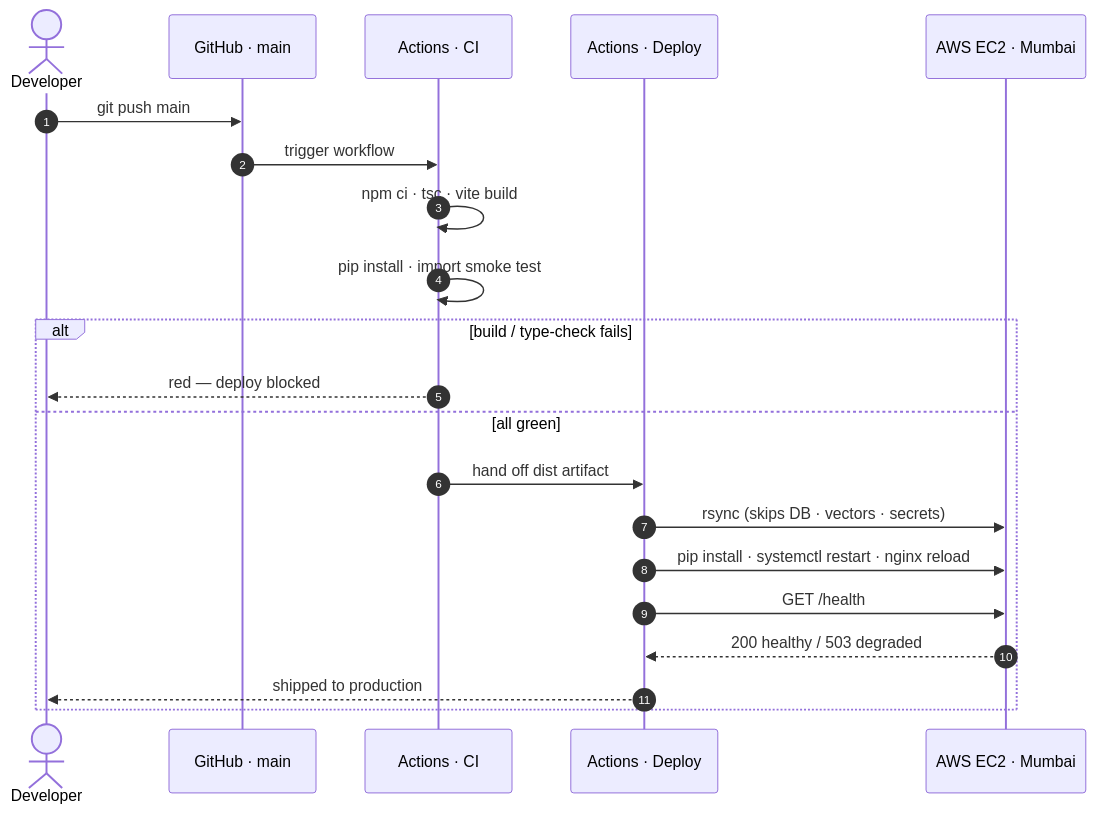
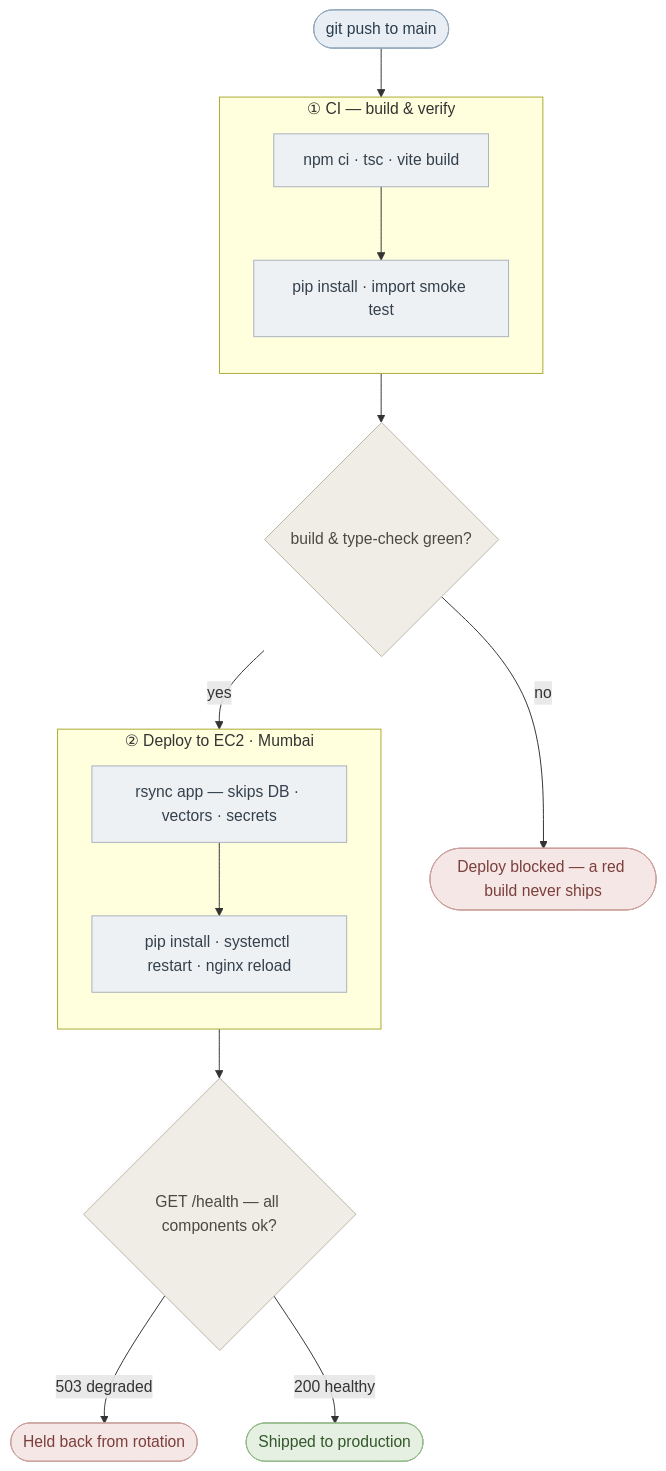
One commit to ShivaSanthoshP/JatayuS5-TankBusters changed the fourth of 4 diagrams in README.md. Above: the diagram before and after it, drawn with Mermaid. The commit also changed other lines of this file, not shown here.

First line of the commit message:
docs(readme): align to Use Case 1 brief + rework diagrams into subtle Mermaid flowcharts

````diff
--- a/README.md
+++ b/README.md
@@ -432,24 +358,32 @@
 ```mermaid
-sequenceDiagram
-    autonumber
-    actor Dev as Developer
-    participant GH as GitHub · main
-    participant CI as Actions · CI
-    participant CD as Actions · Deploy
-    participant EC2 as AWS EC2 · Mumbai
+flowchart TB
+    push(["git push to main"]):::trigger --> ci
 
-    Dev->>GH: git push main
-    GH->>CI: trigger workflow
-    CI->>CI: npm ci · tsc · vite build
-    CI->>CI: pip install · import smoke test
-    alt build / type-check fails
-        CI-->>Dev: red — deploy blocked
-    else all green
-        CI->>CD: hand off dist artifact
-        CD->>EC2: rsync (skips DB · vectors · secrets)
-        CD->>EC2: pip install · systemctl restart · nginx reload
-        CD->>EC2: GET /health
-        EC2-->>CD: 200 healthy  /  503 degraded
-        CD-->>Dev: shipped to production
+    subgraph ci["① CI — build & verify"]
+        direction TB
+        b1["npm ci · tsc · vite build"]:::step
+        b2["pip install · import smoke test"]:::step
+        b1 --> b2
     end
+
+    ci --> gate{"build & type-check green?"}:::dec
+    gate -->|"no"| blocked(["Deploy blocked — a red build never ships"]):::stop
+    gate -->|"yes"| cd
+
+    subgraph cd["② Deploy to EC2 · Mumbai"]
+        direction TB
+        d1["rsync app — skips DB · vectors · secrets"]:::step
+        d2["pip install · systemctl restart · nginx reload"]:::step
+        d1 --> d2
+    end
+
+    cd --> health{"GET /health — all components ok?"}:::dec
+    health -->|"503 degraded"| held(["Held back from rotation"]):::stop
+    health -->|"200 healthy"| shipped(["Shipped to production"]):::ok
+
+    classDef trigger fill:#E8EEF4,stroke:#92A8BE,color:#2B3D4D;
+    classDef step fill:#EEF1F4,stroke:#A7B2BD,color:#34404B;
+    classDef dec fill:#EFEDE6,stroke:#BCB7A6,color:#4C4A40;
+    classDef ok fill:#E6F0E2,stroke:#93B98A,color:#33572B;
+    classDef stop fill:#F4E7E6,stroke:#CBA09C,color:#7C3F3B;
 ```
````
